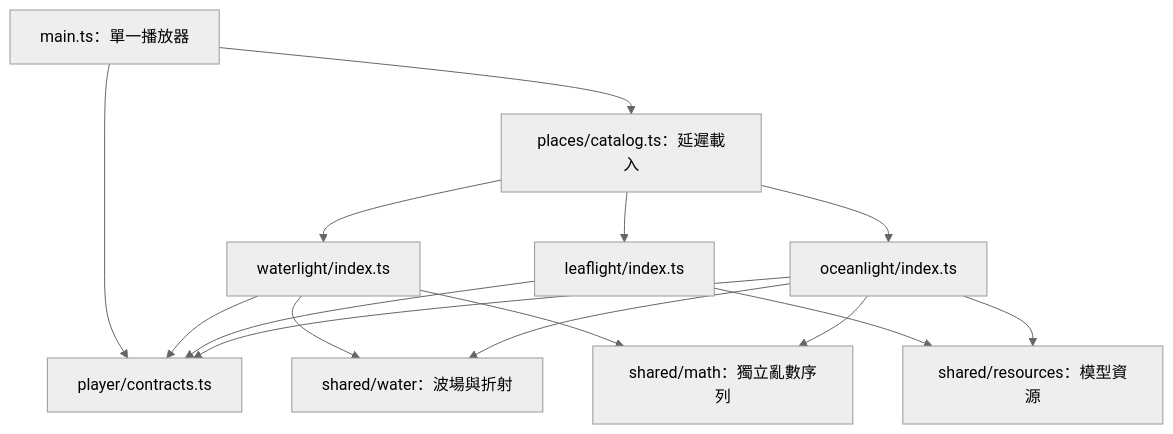
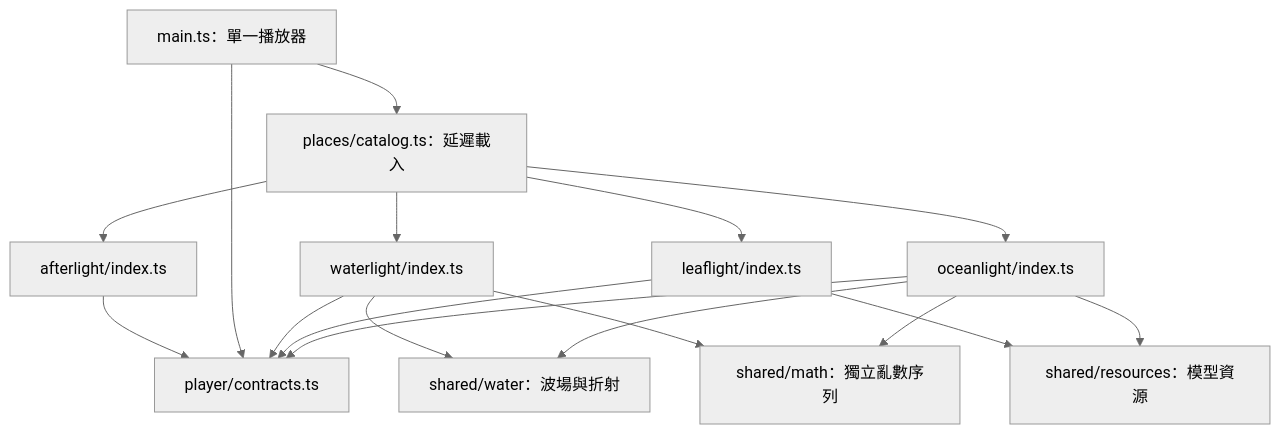
The diagram in docs/ARCHITECTURE.md (ianlkl11234s/quiet-places), drawn with Mermaid (neutral theme) before and after one commit. The commit also changed other lines of this file and 50 other files, not shown here.

````diff
--- a/docs/ARCHITECTURE.md
+++ b/docs/ARCHITECTURE.md
@@ -20,17 +22,19 @@
 ```mermaid
 flowchart TD
   Player[main.ts：單一播放器] --> Catalog[places/catalog.ts：延遲載入]
   Catalog --> Water[waterlight/index.ts]
   Catalog --> Leaf[leaflight/index.ts]
   Catalog --> Ocean[oceanlight/index.ts]
+  Catalog --> After[afterlight/index.ts]
+  After --> Contract
   Player --> Contract[player/contracts.ts]
   Water --> Contract
   Leaf --> Contract
   Ocean --> Contract
   Water --> Optics[shared/water：波場與折射]
   Ocean --> Optics
   Leaf --> Resources[shared/resources：模型資源]
   Ocean --> Resources
   Water --> Random[shared/math：獨立亂數序列]
   Ocean --> Random
 ```
````
